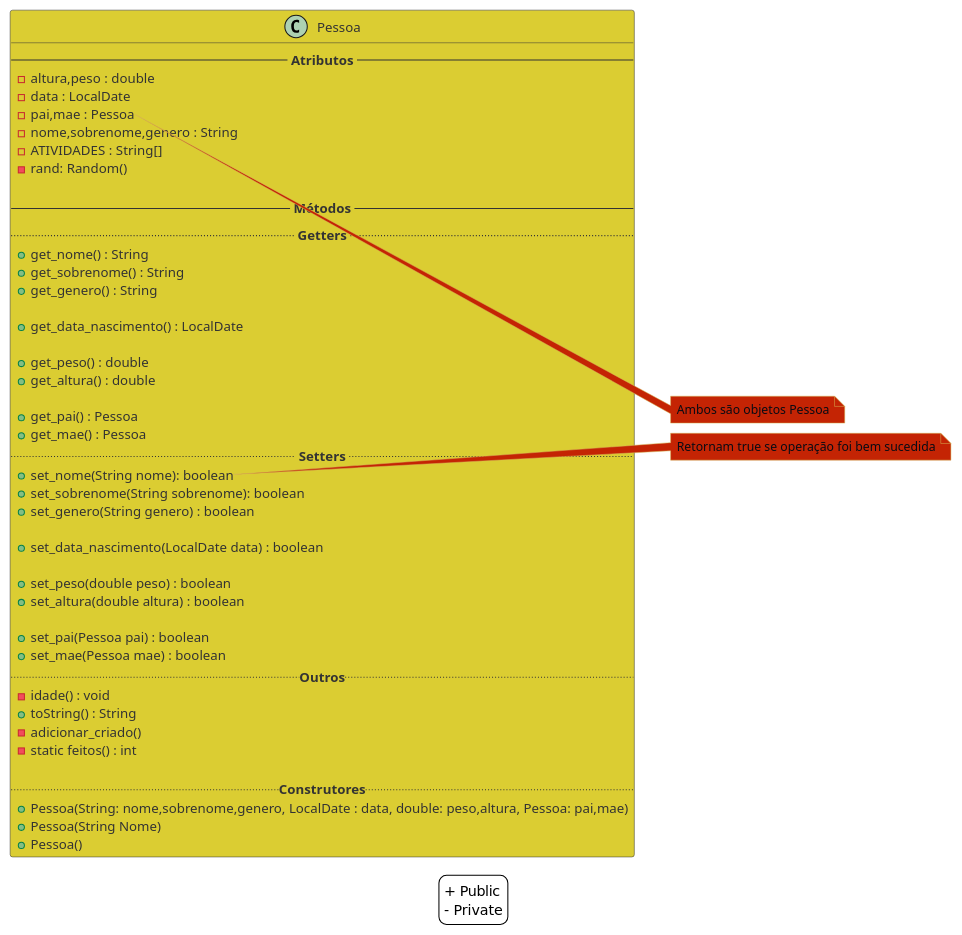
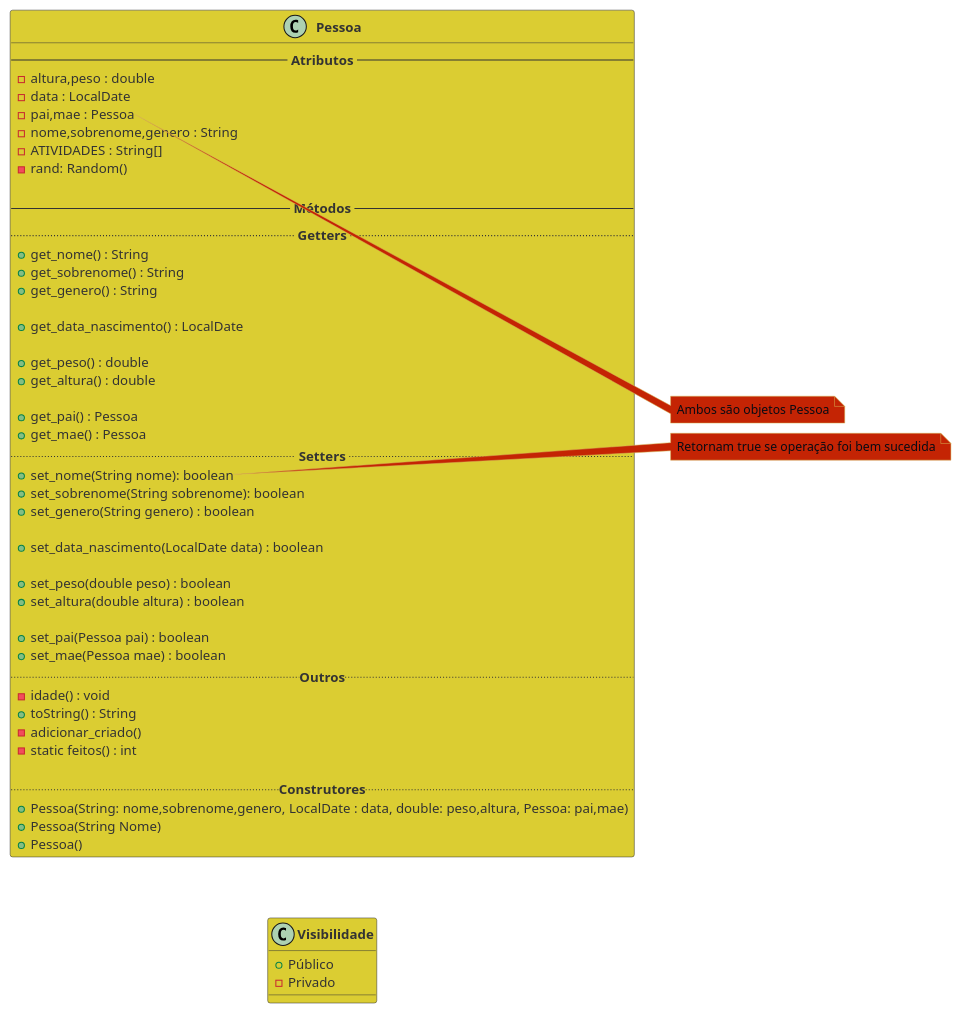
Before and after one commit to Datto6/LP: the diagram in LP2/ExP1/diagrama.md, drawn with PlantUML.

Commit message:
último de verdade

````diff
--- a/LP2/ExP1/diagrama.md
+++ b/LP2/ExP1/diagrama.md
@@ -25,7 +25,7 @@
     FontSize 12
 }
 
-class Pessoa{
+class "<b>Pessoa</b>" as Pessoa {
 -- <b> Atributos </b> --
 -altura,peso : double
 -data : LocalDate
@@ -77,10 +77,12 @@
 Retornam true se operação foi bem sucedida
 end note
 
-legend bottom
-    +  Public
-    -  Private
-endlegend
+class "<b>Visibilidade</b>" as Visibility {
+    + Público
+    - Privado
+}
+
+Pessoa -[hidden]down- Visibility
 
 @enduml
 ```
````
